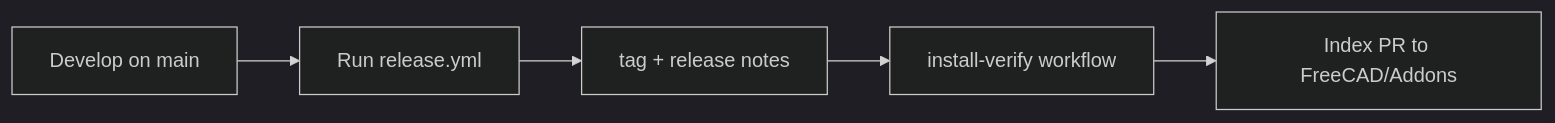
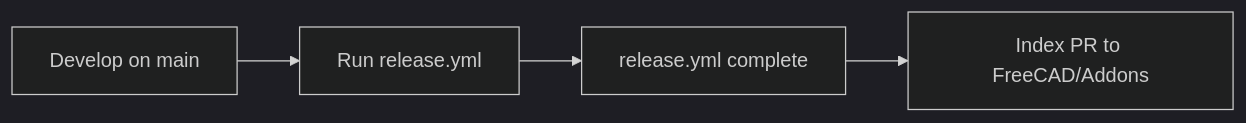
Before and after one commit to CREATeNG/freecad-mcp-bridge: the second of 2 diagrams in MAINTAINING.md, drawn with Mermaid (dark theme). The commit also changed other lines of this file and 3 other files, not shown here.

First line of the commit message:
Orchestrate tag-path install-verify in release.yml

````diff
--- a/MAINTAINING.md
+++ b/MAINTAINING.md
@@ -98,7 +99,6 @@
 ```mermaid
 flowchart LR
   dev[Develop on main] --> dispatch[Run release.yml]
-  dispatch --> shipped[tag + release notes]
-  shipped --> postverify[install-verify workflow]
-  postverify --> index[Index PR to FreeCAD/Addons]
+  dispatch --> shipped[release.yml complete]
+  shipped --> index[Index PR to FreeCAD/Addons]
 ```
````
